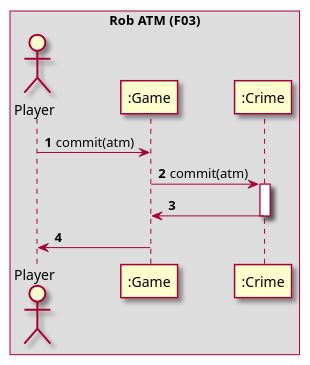
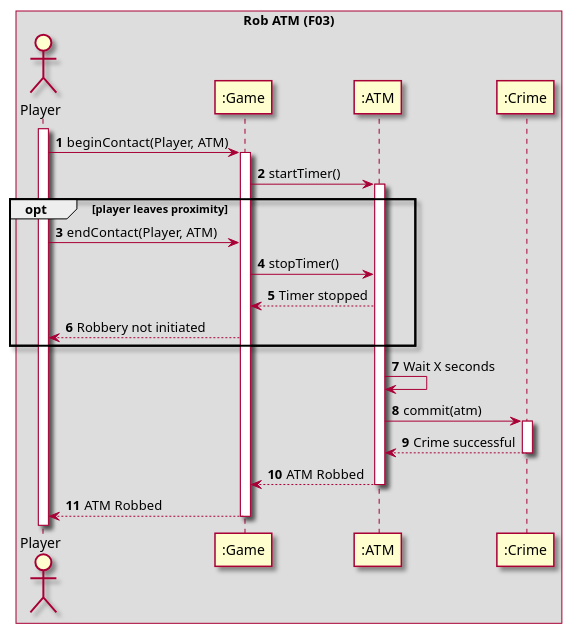
One commit to amatzen/SE04-SE-G09-SPRO changed the diagram in uml/sequence_diagrams/system/F03_Rob_ATM.puml. Above: the diagram before and after it, drawn with PlantUML.

Commit message:
Updated ROB ATM

```diff
--- a/uml/sequence_diagrams/system/F03_Rob_ATM.puml
+++ b/uml/sequence_diagrams/system/F03_Rob_ATM.puml
@@ -1,21 +1,38 @@
 @startuml
 'https://plantuml.com/sequence-diagram
 skin rose
 autonumber
 
 box Rob ATM (F03)
     actor "Player" as player
     participant ":Game" as game
+    participant ":ATM" as atm
     participant ":Crime" as crime
 end box
 
-player -> game : commit(atm)
-game -> crime : commit(atm)
+activate player
+player -> game : beginContact(Player, ATM)
+activate game
+game -> atm : startTimer()
+activate atm
 
+opt player leaves proximity
+    player -> game: endContact(Player, ATM)
+    game -> atm: stopTimer()
+    atm --> game: Timer stopped
+    game --> player: Robbery not initiated
+end
+
+atm -> atm: Wait X seconds
+
+atm -> crime: commit(atm)
 activate crime
-crime -> game
+crime --> atm : Crime successful
 deactivate crime
+atm --> game: ATM Robbed
+deactivate atm
 
-game -> player
+game --> player : ATM Robbed
+deactivate game
 
 @enduml
```
